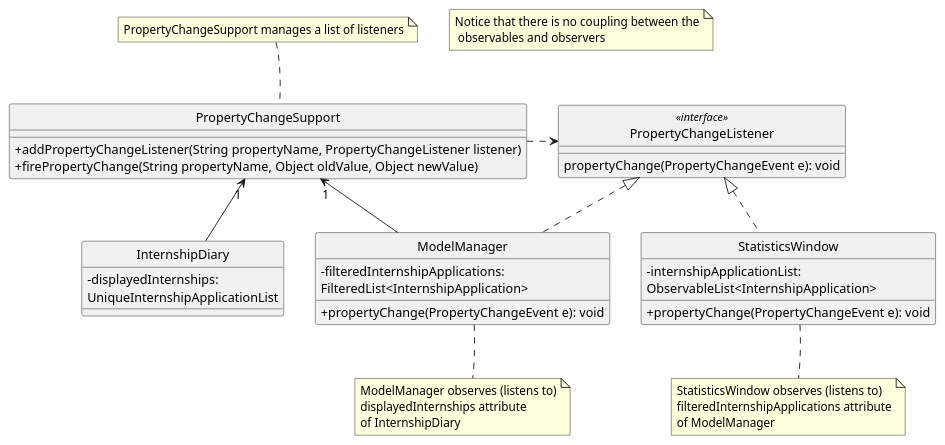
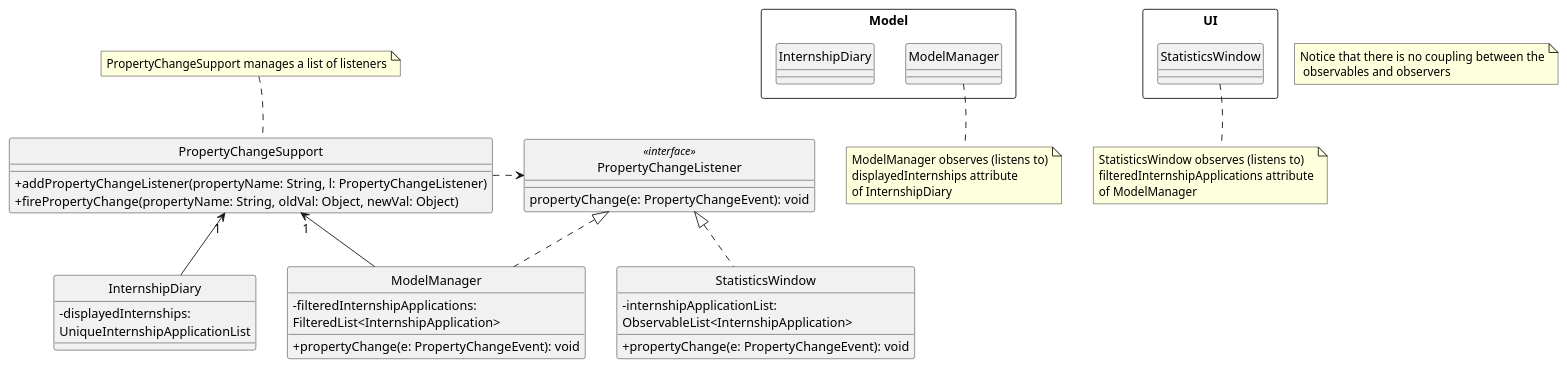
Before and after one commit to wxwxwxwx9/main: the diagram in docs/diagrams/InternshipDiaryAndModelManagerPropertyChangeClassDiagram.puml, drawn with PlantUML. The commit also changed 7 other files, not shown here.

```diff
--- a/docs/diagrams/InternshipDiaryAndModelManagerPropertyChangeClassDiagram.puml
+++ b/docs/diagrams/InternshipDiaryAndModelManagerPropertyChangeClassDiagram.puml
@@ -1,93 +1,93 @@
 @startuml
 
 hide circle
 skinparam classAttributeIconSize 0
 
-'package Model <<Rectangle>> {
-'    class InternshipDiary
-'    class ModelManager
-'}
-'
-'package UI <<Rectangle>> {
-'    class StatisticsWindow
-'}
+package Model <<Rectangle>> {
+    class InternshipDiary
+    class ModelManager
+}
+
+package UI <<Rectangle>> {
+    class StatisticsWindow
+}
 
 note "PropertyChangeSupport manages a list of listeners" as manageListeners
 PropertyChangeSupport .up[hidden]. manageListeners
 PropertyChangeSupport .up. manageListeners
 
 note "ModelManager observes (listens to)\ndisplayedInternships attribute\nof InternshipDiary" as modelManagerObserves
 modelManagerObserves .up[hidden]. ModelManager
 modelManagerObserves .up. ModelManager
 
 note "StatisticsWindow observes (listens to)\nfilteredInternshipApplications attribute\nof ModelManager" as statisticsWindowObserves
 statisticsWindowObserves .up[hidden]. StatisticsWindow
 statisticsWindowObserves .up. StatisticsWindow
 
 note "Notice that there is no coupling between the\n observables and observers" as N1
 
 
 Class InternshipDiary {
     - displayedInternships: \nUniqueInternshipApplicationList
 '    - changes: PropertyChangeSupport
 '    + addPropertyChangeListener(ListenerPropertyType propertyType, \nPropertyChangeListener l): void
 '    + firePropertyChange(ListenerPropertyType propertyType, \nObject newValue): void
 }
 
 Class ModelManager implements PropertyChangeListener {
      - filteredInternshipApplications: \nFilteredList<InternshipApplication>
 '    - changes: PropertyChangeSupport
 '    + addPropertyChangeListener(ListenerPropertyType propertyType, \nPropertyChangeListener l): void
 '    + firePropertyChange(ListenerPropertyType propertyType, Object newValue): void
-    + propertyChange(PropertyChangeEvent e): void
+    + propertyChange(e: PropertyChangeEvent): void
 '    - refreshFilteredInternshipApplications(Object newInternshipApplications)
 '    - fireAllPropertyChanges(): void
 }
 
 Class StatisticsWindow implements PropertyChangeListener {
     - internshipApplicationList: \nObservableList<InternshipApplication>
-    + propertyChange(PropertyChangeEvent e): void
+    + propertyChange(e: PropertyChangeEvent): void
 }
 
 class PropertyChangeListener <<interface>> {
-    propertyChange(PropertyChangeEvent e): void
+    propertyChange(e: PropertyChangeEvent): void
 }
 
 class PropertyChangeSupport {
-    + addPropertyChangeListener(String propertyName, PropertyChangeListener listener)
-    + firePropertyChange(String propertyName, Object oldValue, Object newValue)
+    + addPropertyChangeListener(propertyName: String, l: PropertyChangeListener)
+    + firePropertyChange(propertyName: String, oldVal: Object, newVal: Object)
 }
 
 InternshipDiary -up-> "1" PropertyChangeSupport
 ModelManager -up-> "1" PropertyChangeSupport
 
 PropertyChangeSupport .right.> PropertyChangeListener
 
 'enum ListenerPropertyType <<enumeration>> {
 '    DISPLAYED_INTERNSHIPS
 '    FILTERED_INTERNSHIP_APPLICATIONS
 '    VIEW_TYPE
 '    COMPARATOR
 '    PREDICATE
 '    DISPLAYED_INTERNSHIP_DETAILS
 '}
 '
 'InternshipDiary ..> ListenerPropertyType
 'ModelManager ..> ListenerPropertyType
 
 'StatisticsWindow -left- ModelManager: observes\n (listens to) >
 '
 'ModelManager -left- InternshipDiary: observes\n (listens to) >
 
 '        logic.addPropertyChangeListener(FILTERED_INTERNSHIP_APPLICATIONS, internshipApplicationListPanel);
 '        logic.addPropertyChangeListener(FILTERED_INTERNSHIP_APPLICATIONS, statisticsWindow);
 '        logic.addPropertyChangeListener(FILTERED_INTERNSHIP_APPLICATIONS, statisticsBarFooter);
 '        logic.addPropertyChangeListener(COMPARATOR, comparatorDisplayFooter);
 '        logic.addPropertyChangeListener(PREDICATE, predicateDisplayFooter);
 '        logic.addPropertyChangeListener(PREDICATE, internshipApplicationDetailSetter);
 '        logic.addPropertyChangeListener(VIEW_TYPE, viewDisplayFooter);
 '        logic.addPropertyChangeListener(DISPLAYED_INTERNSHIP_DETAIL, internshipApplicationDetailSetter);
 
 
 
 @enduml
```
